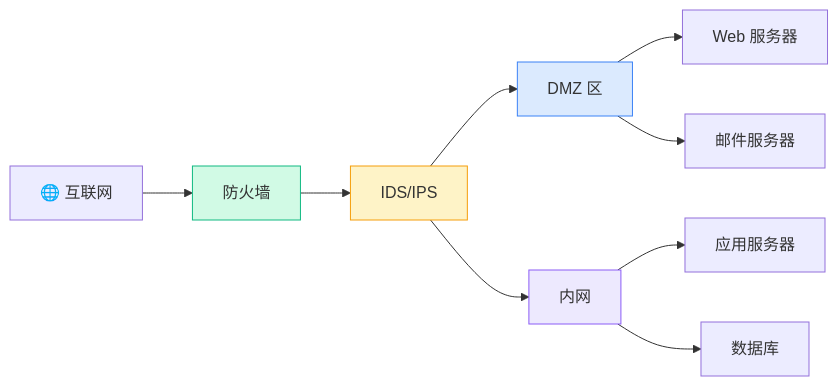
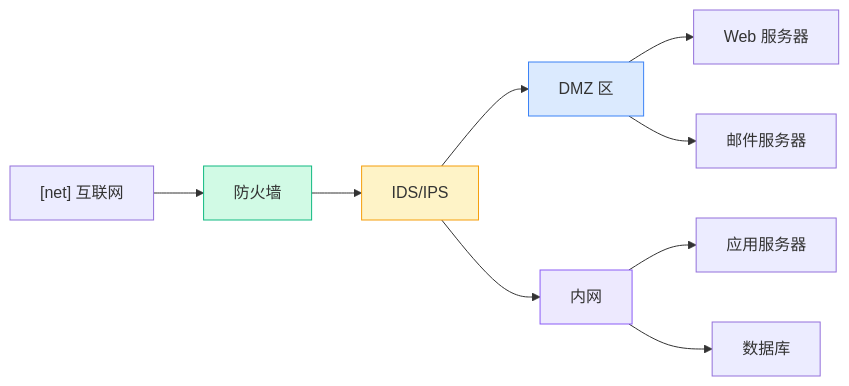
Before and after one commit to SKT-Shurima/NetworkMastery: the second of 3 diagrams in docs/guide/attacks/security-arch.md, drawn with Mermaid. The commit also changed other lines of this file and 54 other files, not shown here.

````diff
--- a/docs/guide/attacks/security-arch.md
+++ b/docs/guide/attacks/security-arch.md
@@ -49,18 +49,18 @@
 ```mermaid
 graph LR
-    Internet["🌐 互联网"] --> FW["防火墙"]
+    Internet["[net] 互联网"] --> FW["防火墙"]
     FW --> IPS["IDS/IPS"]
     IPS --> DMZ["DMZ 区"]
     IPS --> Internal["内网"]
     
     DMZ --> Web["Web 服务器"]
     DMZ --> Mail["邮件服务器"]
     
     Internal --> App["应用服务器"]
     Internal --> DB["数据库"]
     
     style FW fill:#d1fae5,stroke:#10b981
     style IPS fill:#fef3c7,stroke:#f59e0b
     style DMZ fill:#dbeafe,stroke:#3b82f6
     style Internal fill:#ede9fe,stroke:#8b5cf6
 ```
````
